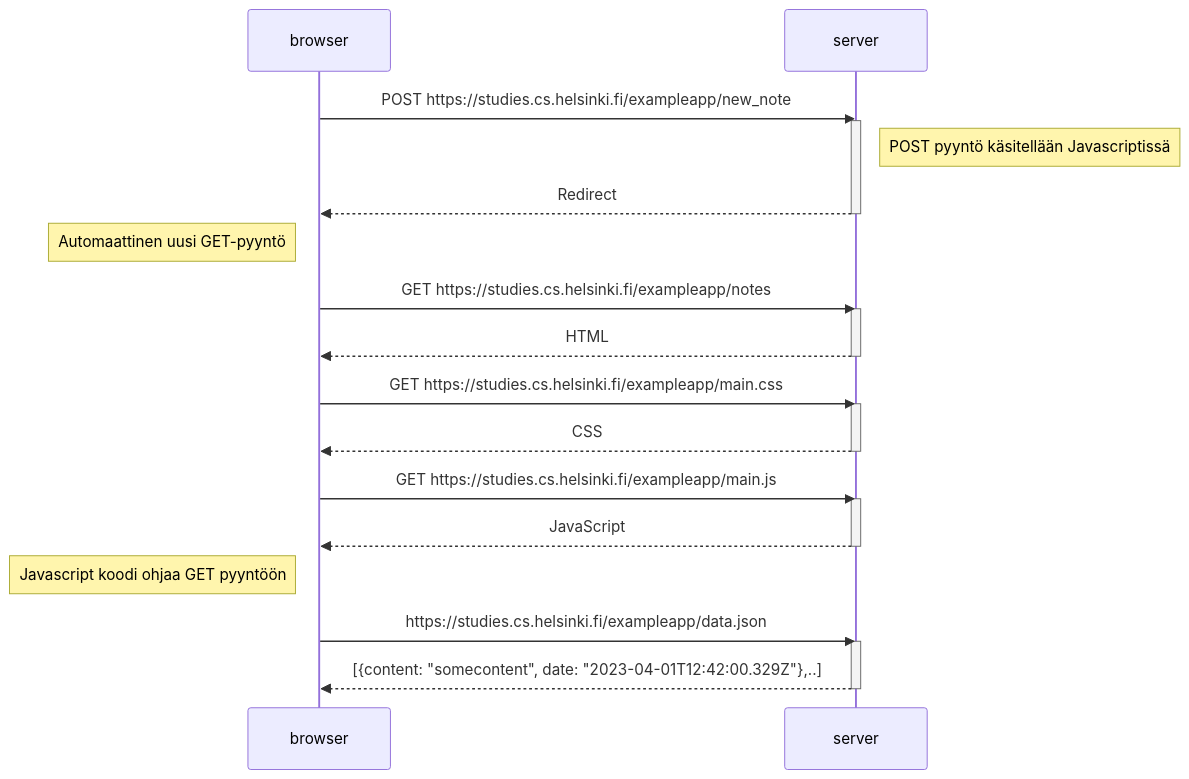
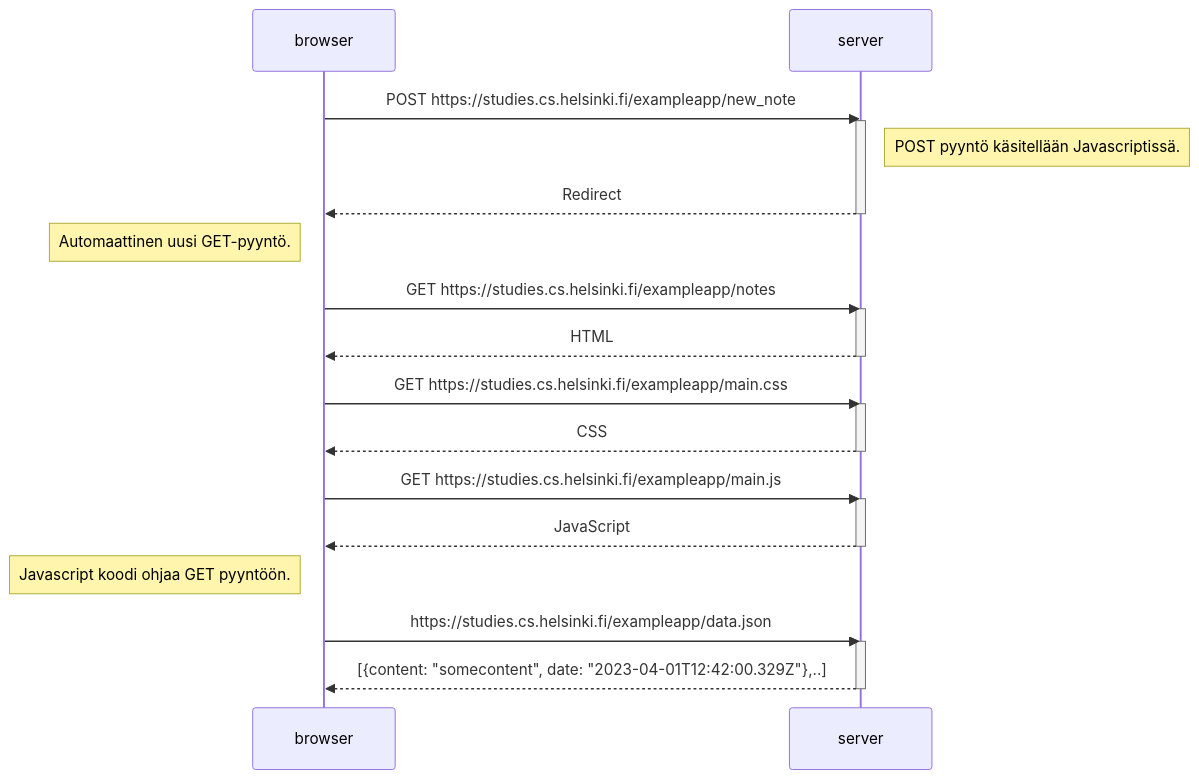
One commit to hennasavilahti/fullstack-open-2023 changed the diagram in part0/0.4.md. Above: the diagram before and after it, drawn with Mermaid. The commit also changed 2 other files, not shown here.

Commit message:
Finished part 0

````diff
--- a/part0/0.4.md
+++ b/part0/0.4.md
@@ -1,33 +1,33 @@
 ```mermaid
 sequenceDiagram
     participant browser
     participant server
 
     browser->>server:POST https://studies.cs.helsinki.fi/exampleapp/new_note
     activate server
-    Note right of server: POST pyyntö käsitellään Javascriptissä
+    Note right of server: POST pyyntö käsitellään Javascriptissä.
     server-->>browser:Redirect
     deactivate server
-    Note left of browser: Automaattinen uusi GET-pyyntö
+    Note left of browser: Automaattinen uusi GET-pyyntö.
 
     browser->>server:GET https://studies.cs.helsinki.fi/exampleapp/notes
     activate server
     server-->>browser:HTML
     deactivate server
 
     browser->>server:GET https://studies.cs.helsinki.fi/exampleapp/main.css
     activate server
     server-->>browser:CSS
     deactivate server
 
     browser->>server:GET https://studies.cs.helsinki.fi/exampleapp/main.js
     activate server
     server-->>browser:JavaScript
     deactivate server
-    Note left of browser: Javascript koodi ohjaa GET pyyntöön
+    Note left of browser: Javascript koodi ohjaa GET pyyntöön.
 
     browser->>server:https://studies.cs.helsinki.fi/exampleapp/data.json
     activate server
     server-->>browser:[{content: "somecontent", date: "2023-04-01T12:42:00.329Z"},..]
     deactivate server
 ```
````
